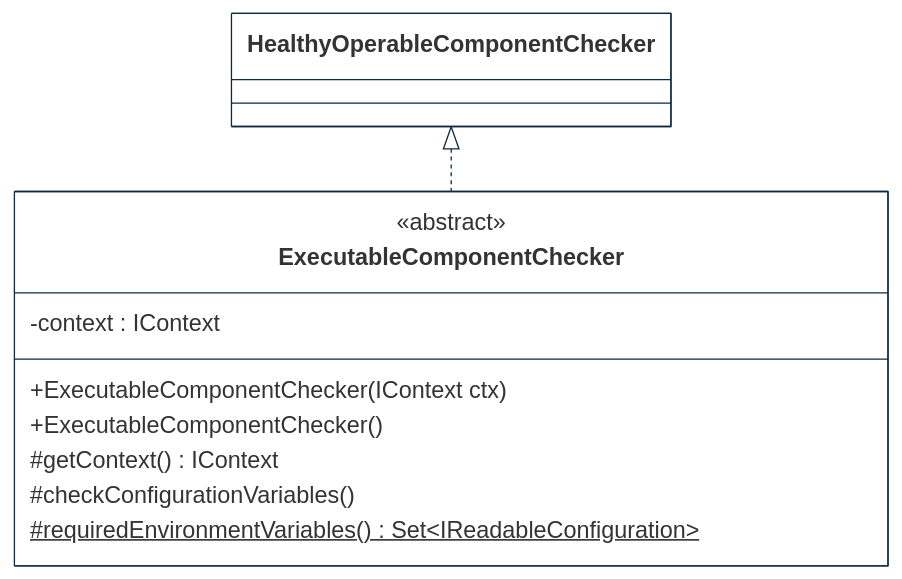
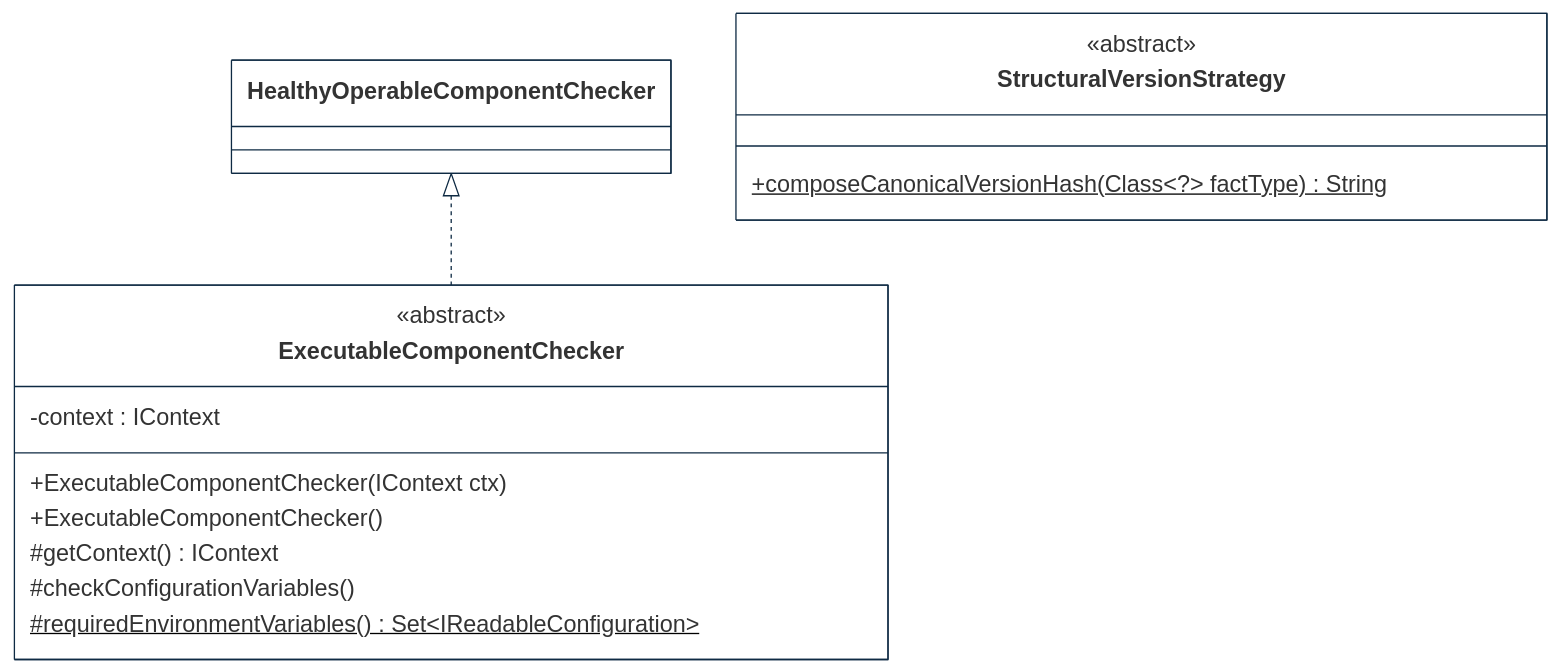
Before and after one commit to cybnity/foundation: the fourth of 4 diagrams in implementations-line/framework/immutable/designview-packages.md, drawn with Mermaid. The commit also changed other lines of this file, not shown here.

````diff
--- a/implementations-line/framework/immutable/designview-packages.md
+++ b/implementations-line/framework/immutable/designview-packages.md
@@ -229,32 +231,36 @@
 ```mermaid
 %%{
   init: {
     'theme': 'base',
     'themeVariables': {
         'background': '#ffffff',
         'fontFamily': 'arial',
         'fontSize': '18px',
         'primaryColor': '#fff',
         'primaryBorderColor': '#0e2a43',
         'secondaryBorderColor': '#0e2a43',
         'tertiaryBorderColor': '#0e2a43',
         'edgeLabelBackground':'#0e2a43',
         'lineColor': '#0e2a43',
         'tertiaryColor': '#fff'
     }
   }
 }%%
 classDiagram
     HealthyOperableComponentChecker <|.. ExecutableComponentChecker
 
     class ExecutableComponentChecker {
         <<abstract>>
         -context : IContext
         +ExecutableComponentChecker(IContext ctx)
         +ExecutableComponentChecker()
         #getContext() IContext
         #checkConfigurationVariables()
         #requiredEnvironmentVariables()$ Set~IReadableConfiguration~
     }
+    class StructuralVersionStrategy {
+        <<abstract>>
+        +composeCanonicalVersionHash(Class~?~ factType)$ String
+    }
 
 ```
````
